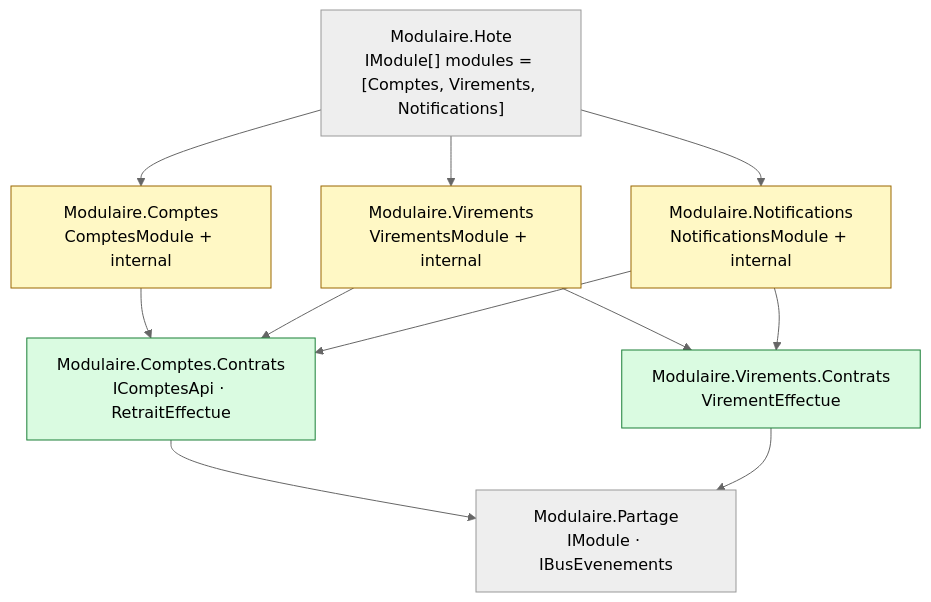
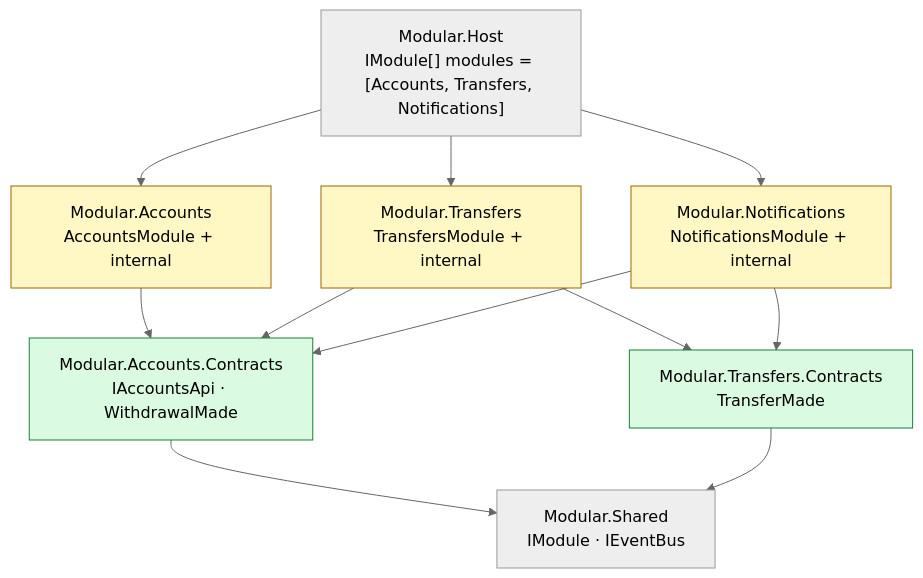
Before and after one commit to drangoht/ArchitecturesDemo: the first of 3 diagrams in Docs/en/07-monolithe-modulaire.md, drawn with Mermaid (neutral theme). The commit also changed other lines of this file and 78 other files, not shown here.

First line of the commit message:
Docs EN : identifiants, liens, diagrammes et sorties alignés sur le code anglais

````diff
--- a/Docs/en/07-monolithe-modulaire.md
+++ b/Docs/en/07-monolithe-modulaire.md
@@ -25,21 +24,21 @@
 ```mermaid
 flowchart TB
-    Hote["Modulaire.Hote<br/>IModule[] modules = [Comptes, Virements, Notifications]"]
-    CI["Modulaire.Comptes<br/>ComptesModule + internal"]
-    VI["Modulaire.Virements<br/>VirementsModule + internal"]
-    NI["Modulaire.Notifications<br/>NotificationsModule + internal"]
-    CC["Modulaire.Comptes.Contrats<br/>IComptesApi · RetraitEffectue"]
-    VC["Modulaire.Virements.Contrats<br/>VirementEffectue"]
-    P["Modulaire.Partage<br/>IModule · IBusEvenements"]
+    Hote["Modular.Host<br/>IModule[] modules = [Accounts, Transfers, Notifications]"]
+    CI["Modular.Accounts<br/>AccountsModule + internal"]
+    VI["Modular.Transfers<br/>TransfersModule + internal"]
+    NI["Modular.Notifications<br/>NotificationsModule + internal"]
+    CC["Modular.Accounts.Contracts<br/>IAccountsApi · WithdrawalMade"]
+    VC["Modular.Transfers.Contracts<br/>TransferMade"]
+    P["Modular.Shared<br/>IModule · IEventBus"]
 
     Hote --> CI & VI & NI
     CI --> CC
     VI --> CC & VC
     NI --> CC & VC
     CC & VC --> P
 
     classDef contrat fill:#dafbe1,stroke:#1a7f37
     classDef module fill:#fff8c5,stroke:#9a6700
     class CC,VC contrat
     class CI,VI,NI module
 ```
````
